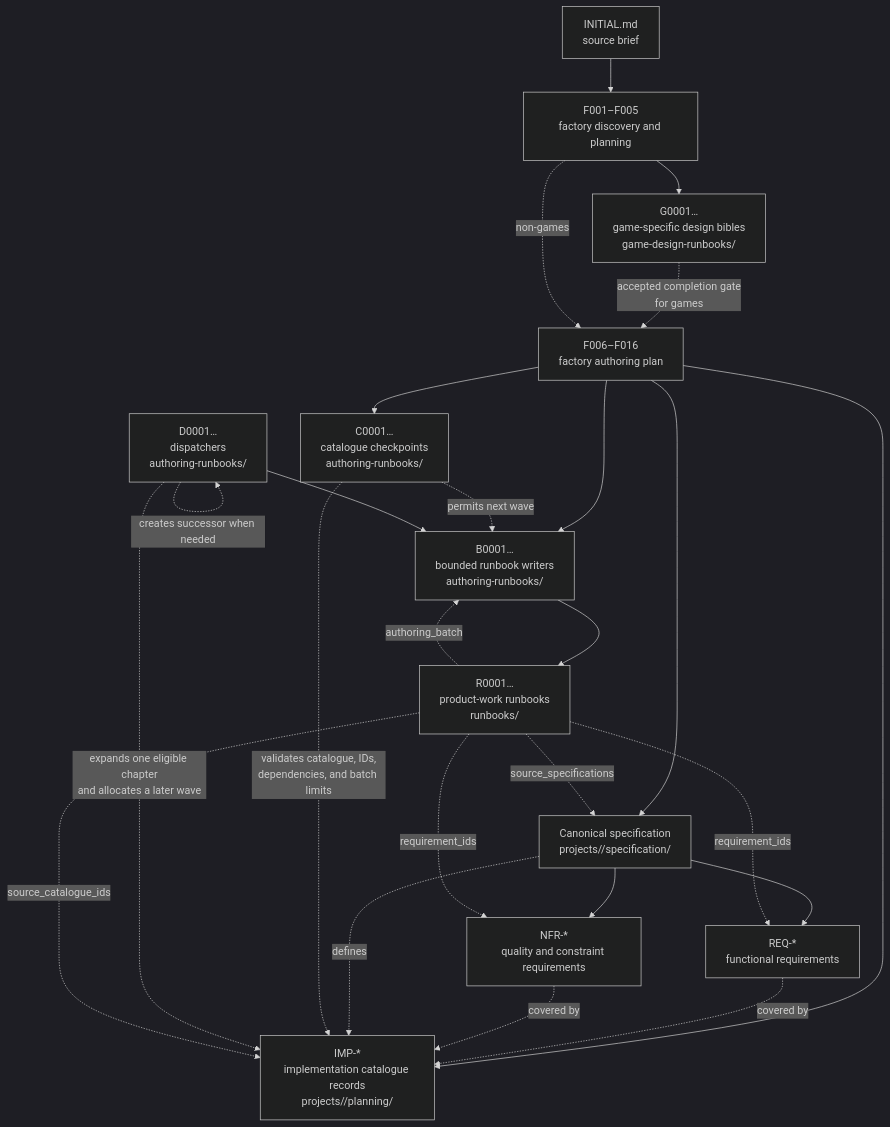
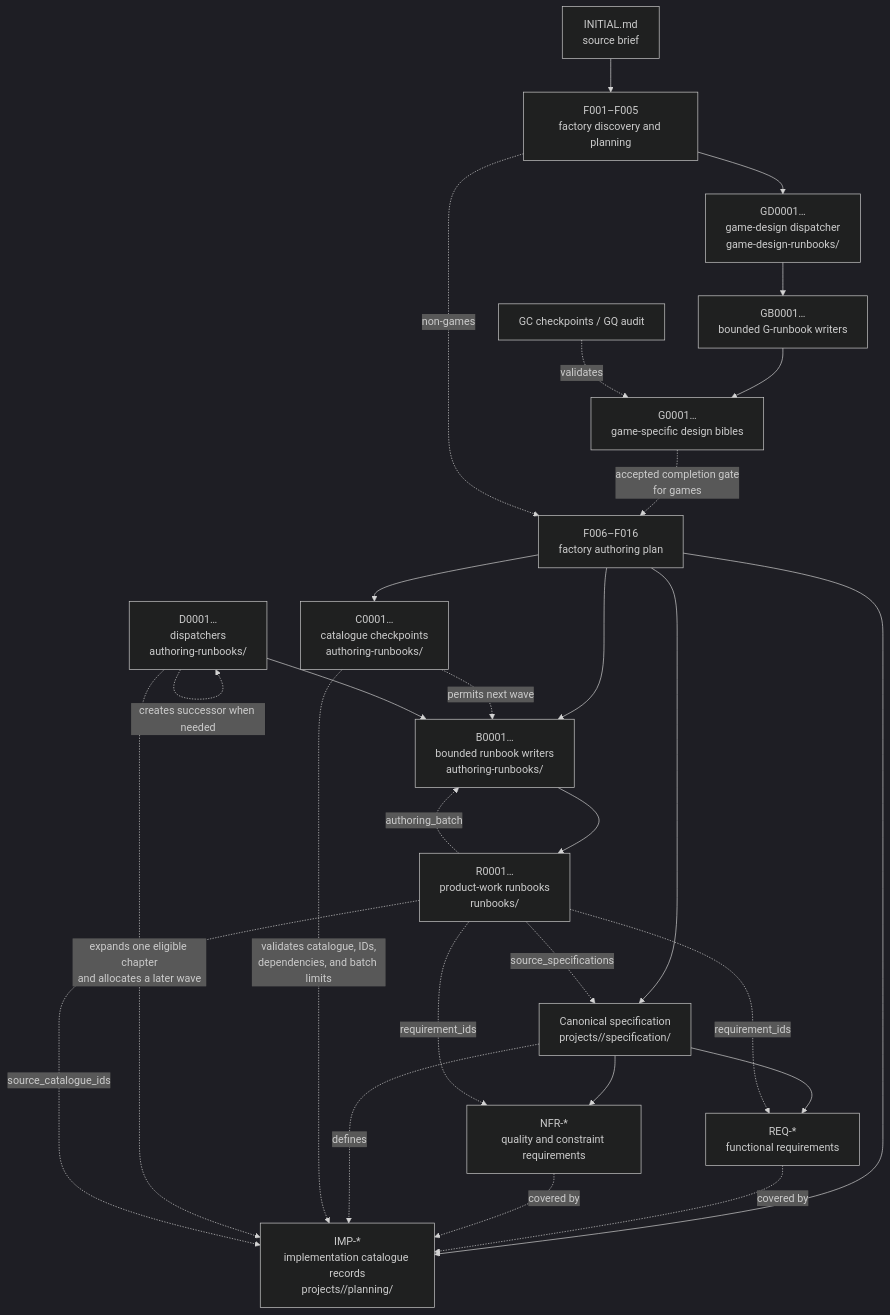
Before and after one commit to jakowicz/supervisor-runbook-generator: the diagram in README.md, drawn with Mermaid (dark theme). The commit also changed other lines of this file and 3 other files, not shown here.

````diff
--- a/README.md
+++ b/README.md
@@ -160,31 +160,34 @@
 ```mermaid
 flowchart TD
     INITIAL["INITIAL.md\nsource brief"] --> F["F001–F005\nfactory discovery and planning"]
-    F --> G["G0001…\ngame-specific design bibles\ngame-design-runbooks/"]
+    F --> GD["GD0001…\ngame-design dispatcher\ngame-design-runbooks/"]
+    GD --> GB["GB0001…\nbounded G-runbook writers"]
+    GB --> G["G0001…\ngame-specific design bibles"]
+    GC["GC checkpoints / GQ audit"] -. "validates" .-> G
     G -. "accepted completion gate\nfor games" .-> POSTF["F006–F016\nfactory authoring plan"]
     F -. "non-games" .-> POSTF
 
     POSTF --> SPEC["Canonical specification\nprojects/<name>/specification/"]
     SPEC --> REQ["REQ-*\nfunctional requirements"]
     SPEC --> NFR["NFR-*\nquality and constraint requirements"]
     POSTF --> IMP["IMP-*\nimplementation catalogue records\nprojects/<name>/planning/"]
     REQ -. "covered by" .-> IMP
     NFR -. "covered by" .-> IMP
     SPEC -. "defines" .-> IMP
 
     POSTF --> B["B0001…\nbounded runbook writers\nauthoring-runbooks/"]
     POSTF --> C["C0001…\ncatalogue checkpoints\nauthoring-runbooks/"]
     C -. "validates catalogue, IDs,\ndependencies, and batch limits" .-> IMP
     C -. "permits next wave" .-> B
 
     D["D0001…\ndispatchers\nauthoring-runbooks/"] -. "expands one eligible chapter\nand allocates a later wave" .-> IMP
     D --> B
     D -. "creates successor when needed" .-> D
 
     B --> R["R0001…\nproduct-work runbooks\nrunbooks/"]
     R -. "requirement_ids" .-> REQ
     R -. "requirement_ids" .-> NFR
     R -. "source_catalogue_ids" .-> IMP
     R -. "source_specifications" .-> SPEC
     R -. "authoring_batch" .-> B
 ```
````
